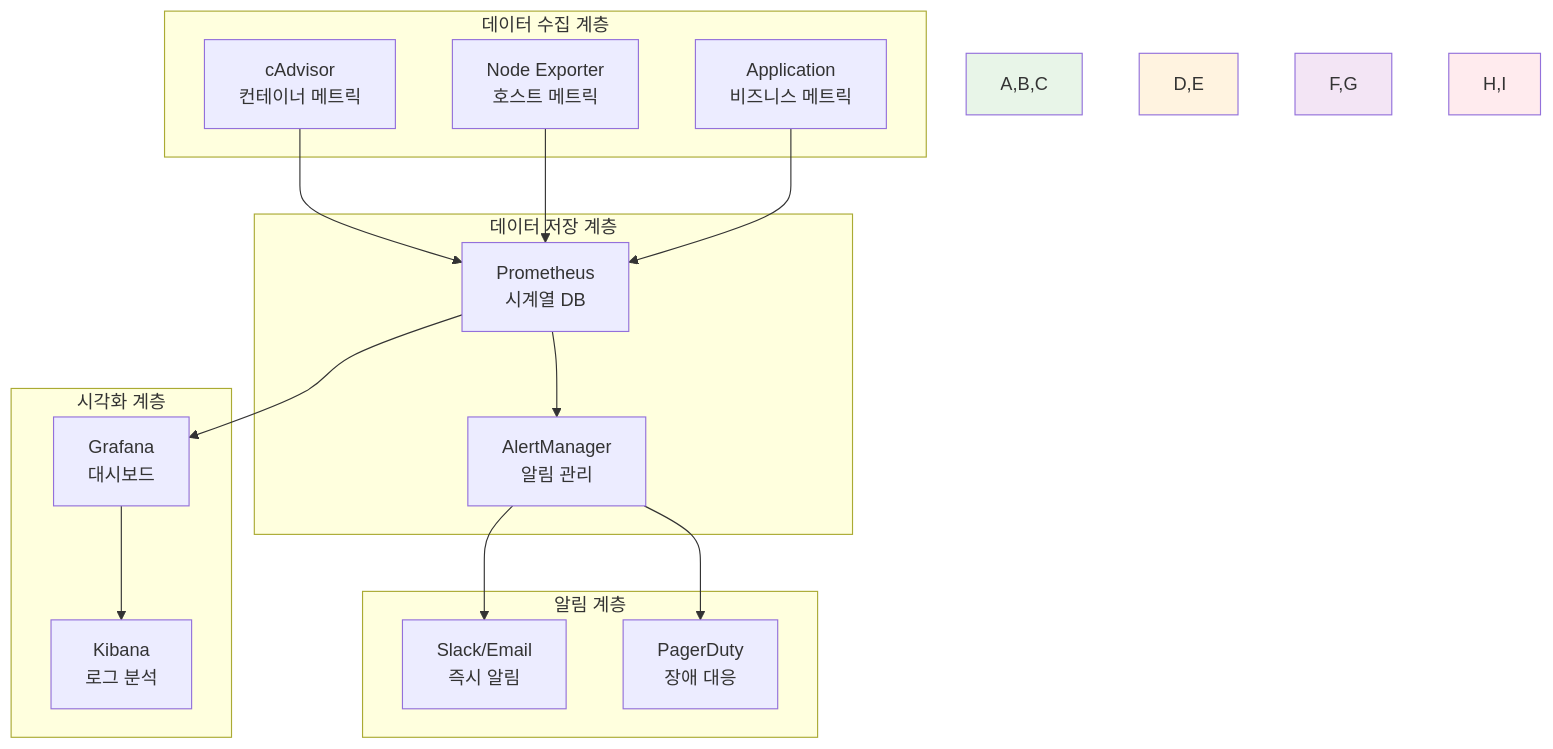
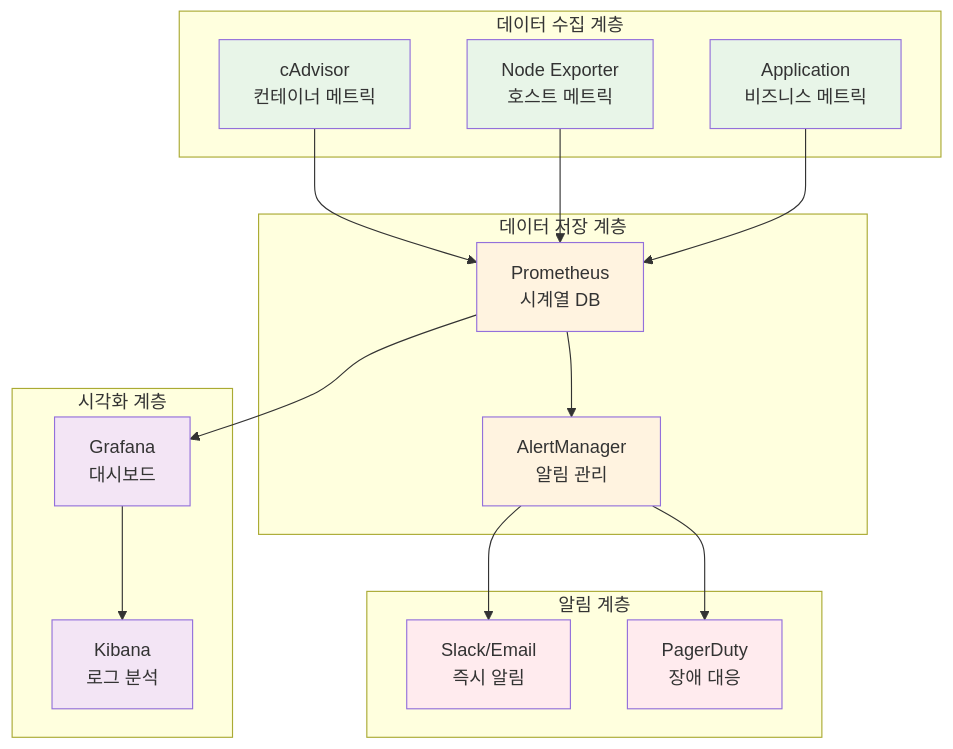
The second of 4 diagrams in theory/week_02/day3/session_1.md (niceguy61/kdt_devops_lecture_2025), drawn with Mermaid before and after one commit. The commit also changed other lines of this file and 63 other files, not shown here.

````diff
--- a/theory/week_02/day3/session_1.md
+++ b/theory/week_02/day3/session_1.md
@@ -53,37 +53,42 @@
 ```mermaid
 graph TB
     subgraph "데이터 수집 계층"
         A[cAdvisor<br/>컨테이너 메트릭]
         B[Node Exporter<br/>호스트 메트릭]
         C[Application<br/>비즈니스 메트릭]
     end
     
     subgraph "데이터 저장 계층"
         D[Prometheus<br/>시계열 DB]
         E[AlertManager<br/>알림 관리]
     end
     
     subgraph "시각화 계층"
         F[Grafana<br/>대시보드]
         G[Kibana<br/>로그 분석]
     end
     
     subgraph "알림 계층"
         H[Slack/Email<br/>즉시 알림]
         I[PagerDuty<br/>장애 대응]
     end
     
     A --> D
     B --> D
     C --> D
     D --> E
     D --> F
     E --> H
     E --> I
     F --> G
     
-    style A,B,C fill:#e8f5e8
-    style D,E fill:#fff3e0
-    style F,G fill:#f3e5f5
-    style H,I fill:#ffebee
+    style A fill:#e8f5e8
+    style B fill:#e8f5e8
+    style C fill:#e8f5e8
+    style D fill:#fff3e0
+    style E fill:#fff3e0
+    style F fill:#f3e5f5
+    style G fill:#f3e5f5
+    style H fill:#ffebee
+    style I fill:#ffebee
 ```
````
